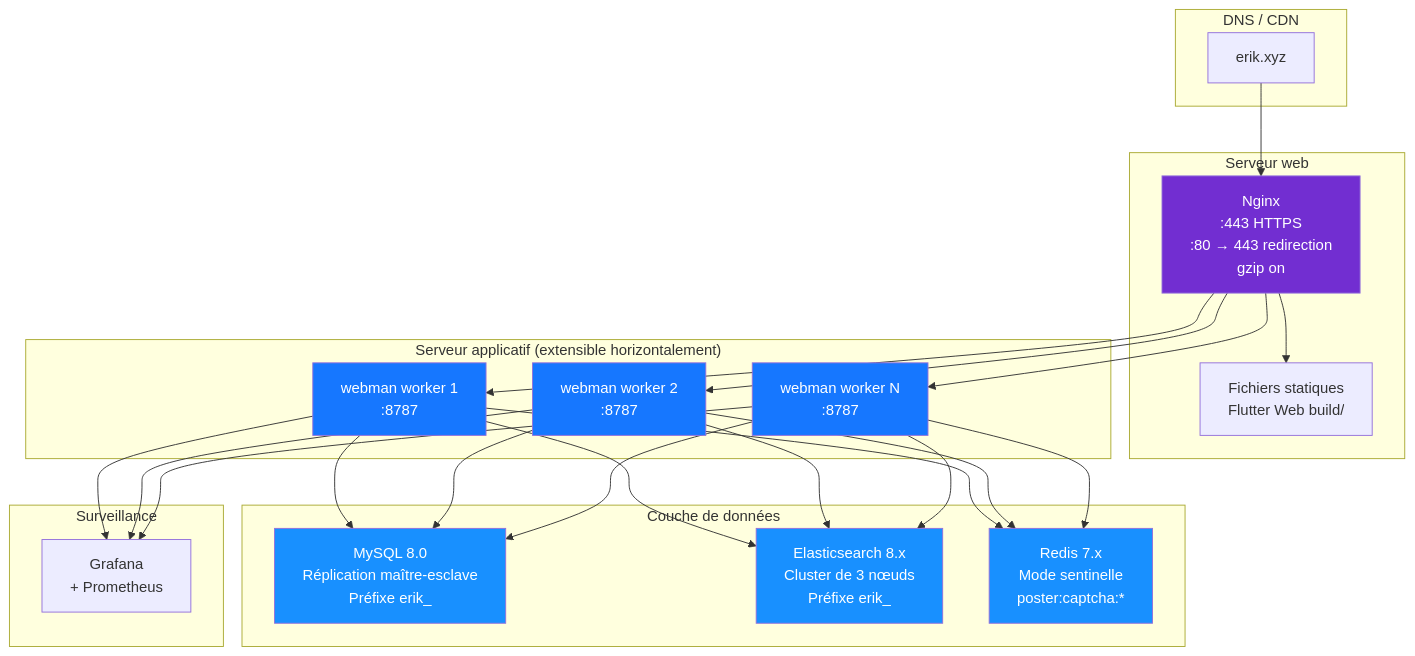
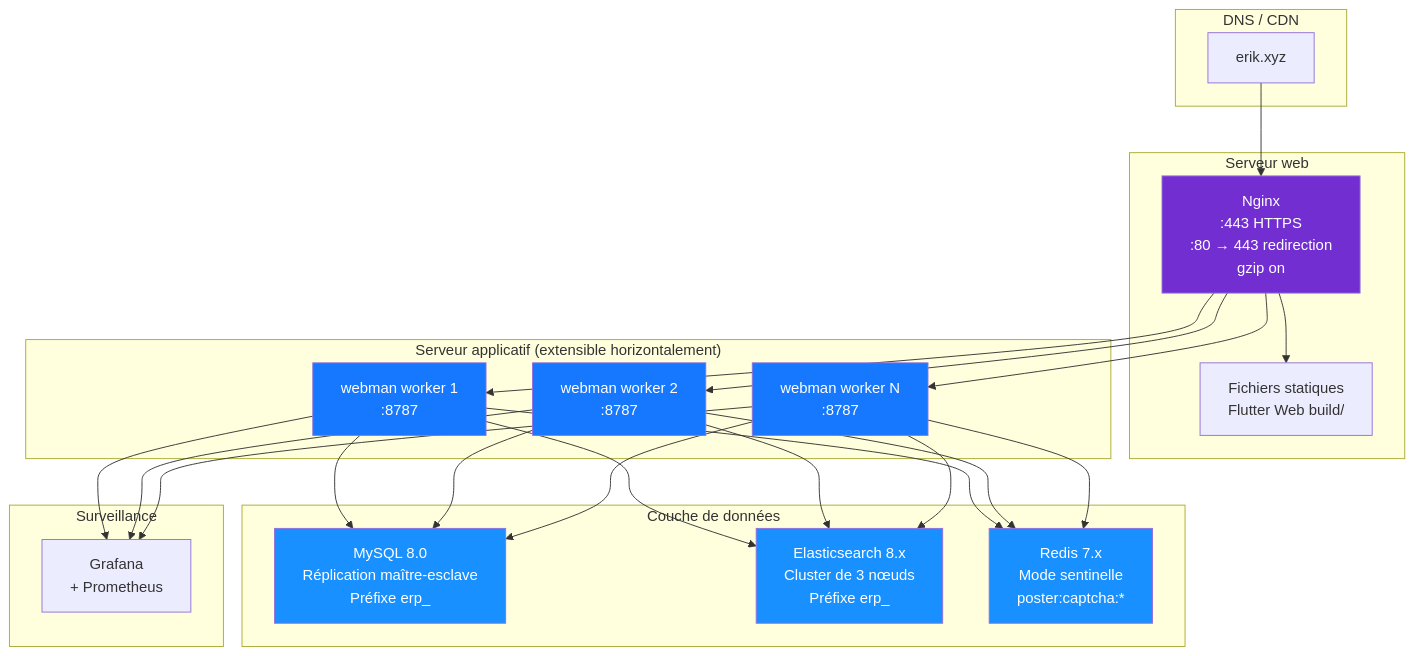
Before and after one commit to erikwang2013/erp-php: diagram 14 of 20 in docs/i18n/fr/ARCHITECTURE.md, drawn with Mermaid. The commit also changed other lines of this file and 449 other files, not shown here.

First line of the commit message:
全局命名统一：数据库 erp、表前缀 erp_、Redis 前缀 erp:（原 erik_/open_admin）

````diff
--- a/docs/i18n/fr/ARCHITECTURE.md
+++ b/docs/i18n/fr/ARCHITECTURE.md
@@ -661,43 +661,43 @@
 ```mermaid
 flowchart TB
     subgraph "DNS / CDN"
         DNS["erik.xyz"]
     end
 
     subgraph "Serveur web"
         NGX["Nginx<br/>:443 HTTPS<br/>:80 → 443 redirection<br/>gzip on"]
         STA["Fichiers statiques<br/>Flutter Web build/"]
     end
 
     subgraph "Serveur applicatif (extensible horizontalement)"
         WM1["webman worker 1<br/>:8787"]
         WM2["webman worker 2<br/>:8787"]
         WM3["webman worker N<br/>:8787"]
     end
 
     subgraph "Couche de données"
-        MYSQL["MySQL 8.0<br/>Réplication maître-esclave<br/>Préfixe erik_"]
-        ES["Elasticsearch 8.x<br/>Cluster de 3 nœuds<br/>Préfixe erik_"]
+        MYSQL["MySQL 8.0<br/>Réplication maître-esclave<br/>Préfixe erp_"]
+        ES["Elasticsearch 8.x<br/>Cluster de 3 nœuds<br/>Préfixe erp_"]
         REDIS["Redis 7.x<br/>Mode sentinelle<br/>poster:captcha:*"]
     end
 
     subgraph "Surveillance"
         MON["Grafana<br/>+ Prometheus"]
     end
 
     DNS --> NGX
     NGX --> STA
     NGX --> WM1 & WM2 & WM3
     WM1 & WM2 & WM3 --> MYSQL
     WM1 & WM2 & WM3 --> ES
     WM1 & WM2 & WM3 --> REDIS
     WM1 & WM2 & WM3 --> MON
 
     style NGX fill:#722ED1,color:#fff
     style WM1 fill:#1677FF,color:#fff
     style WM2 fill:#1677FF,color:#fff
     style WM3 fill:#1677FF,color:#fff
     style MYSQL fill:#1890FF,color:#fff
     style ES fill:#1890FF,color:#fff
     style REDIS fill:#1890FF,color:#fff
 ```
````
